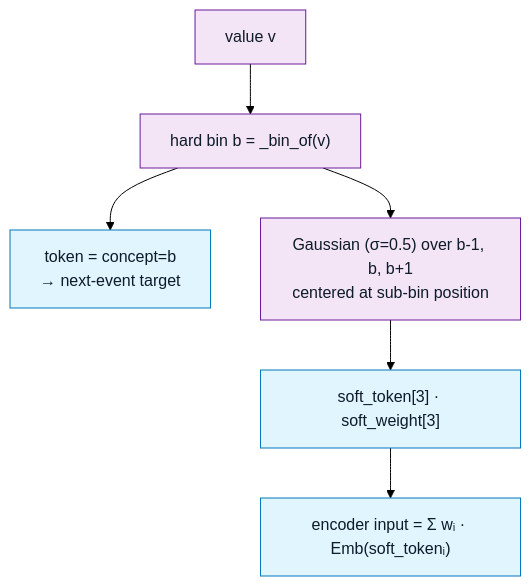
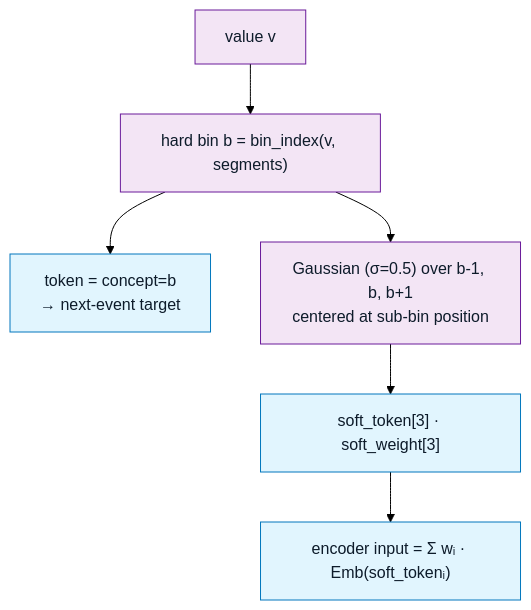
One commit to sajor2000/clifatron2.0 changed the third of 4 diagrams in website/docs/data-tokenization.md. Above: the diagram before and after it, drawn with Mermaid (forest theme). The commit also changed other lines of this file and 6 other files, not shown here.

````diff
--- a/website/docs/data-tokenization.md
+++ b/website/docs/data-tokenization.md
@@ -334,13 +418,13 @@
 ```mermaid
 flowchart TB
-    VAL["value v"] --> HARD["hard bin b = _bin_of(v)"]
+    VAL["value v"] --> HARD["hard bin b = bin_index(v, segments)"]
     HARD --> TGT["token = concept=b<br/>→ next-event target"]
     HARD --> KERN["Gaussian (σ=0.5) over b-1, b, b+1<br/>centered at sub-bin position"]
     KERN --> W["soft_token[3] · soft_weight[3]"]
     W --> ENC["encoder input = Σ wᵢ · Emb(soft_tokenᵢ)"]
 
     classDef v fill:#f3e5f5,stroke:#6a1b9a,color:#0d1b2a;
     classDef o fill:#e1f5fe,stroke:#0277bd,color:#0d1b2a;
     class VAL,HARD,KERN v;
     class W,TGT,ENC o;
 ```
````
